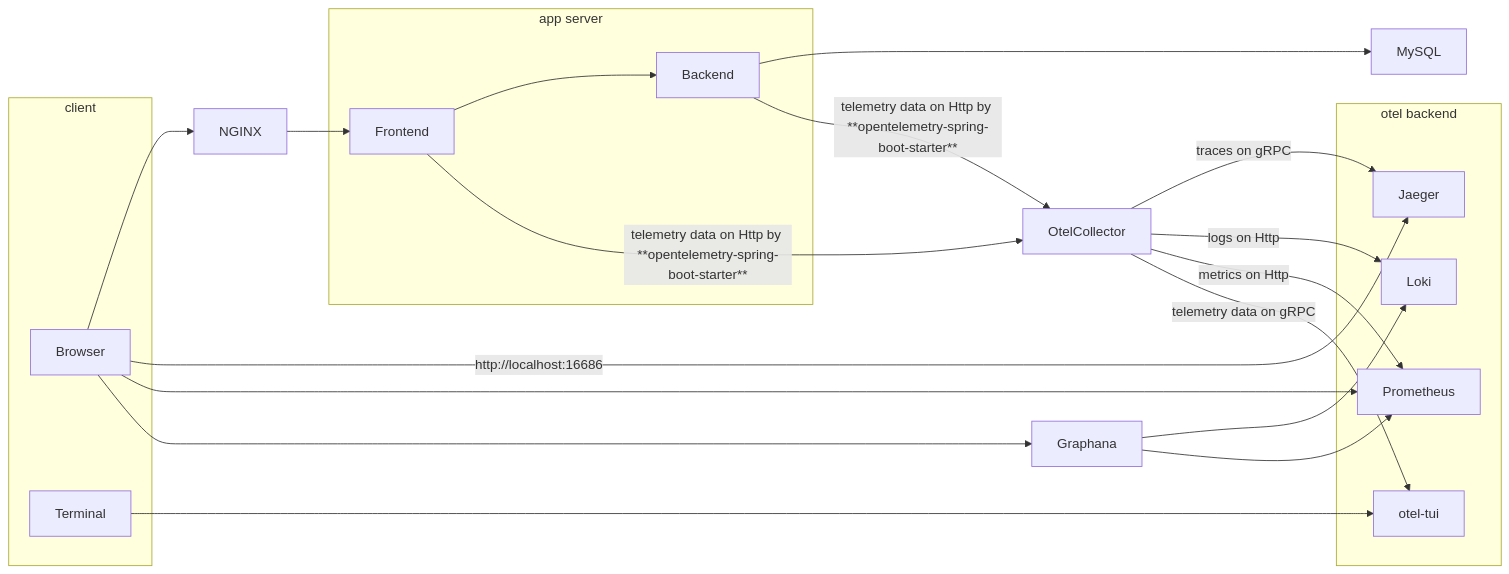
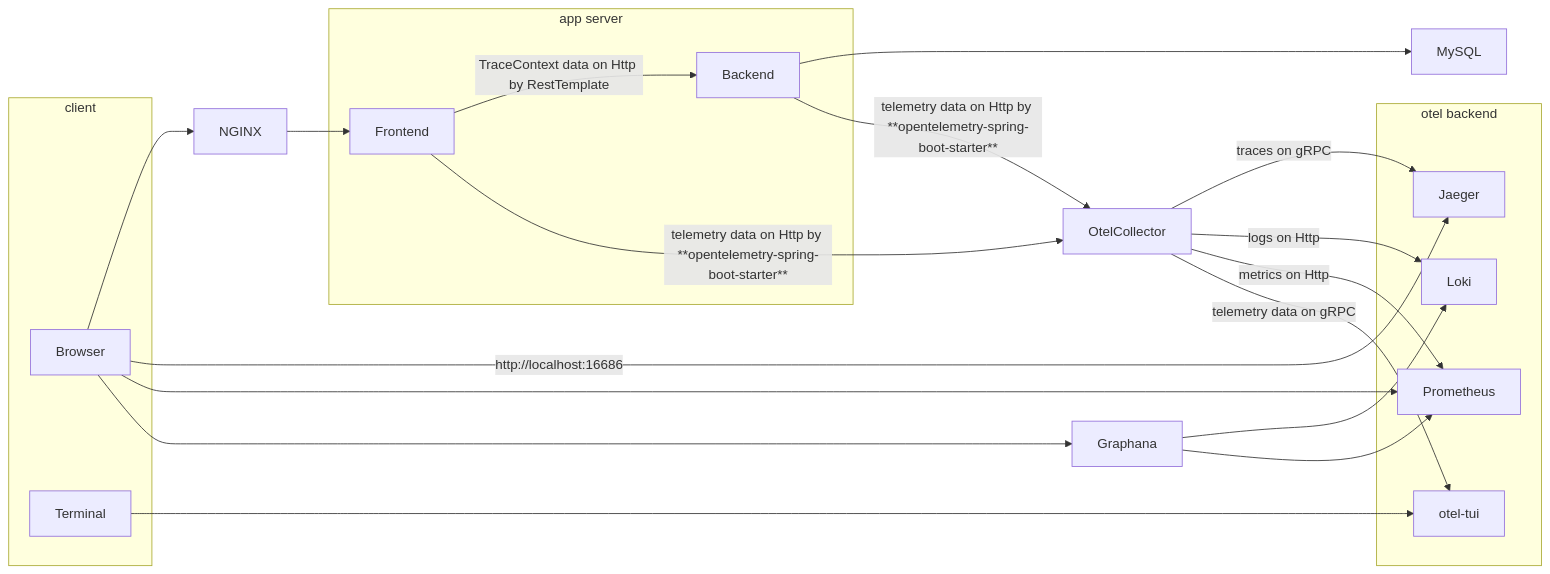
The diagram in README.md (yuizho/springboot-otel-demo), drawn with Mermaid before and after one commit. The commit also changed other lines of this file, not shown here.

````diff
--- a/README.md
+++ b/README.md
@@ -11,36 +11,36 @@
 ```mermaid
   flowchart LR
     subgraph client
     Browser
     Terminal
     end
 
     subgraph otel backend
     Jaeger
     Loki
     Prometheus
     otel-tui
     end
 
     subgraph app server
     Frontend
     Backend
     end
 
     Browser --> NGINX
     NGINX --> Frontend
-    Frontend --> Backend
+    Frontend --TraceContext data on Http by RestTemplate--> Backend
     Backend ---> MySQL
     Backend --telemetry data on Http by **opentelemetry-spring-boot-starter**--> OtelCollector
     Frontend --telemetry data on Http by **opentelemetry-spring-boot-starter**--> OtelCollector
     OtelCollector --traces on gRPC--> Jaeger
     OtelCollector --logs on Http--> Loki
     OtelCollector --metrics on Http--> Prometheus
     OtelCollector --telemetry data on gRPC-->otel-tui
     Graphana --> Loki
     Graphana --> Prometheus
     Browser --"http://localhost:16686"--> Jaeger
     Browser --> Prometheus
     Browser --> Graphana
     Terminal --> otel-tui
 ```
````
